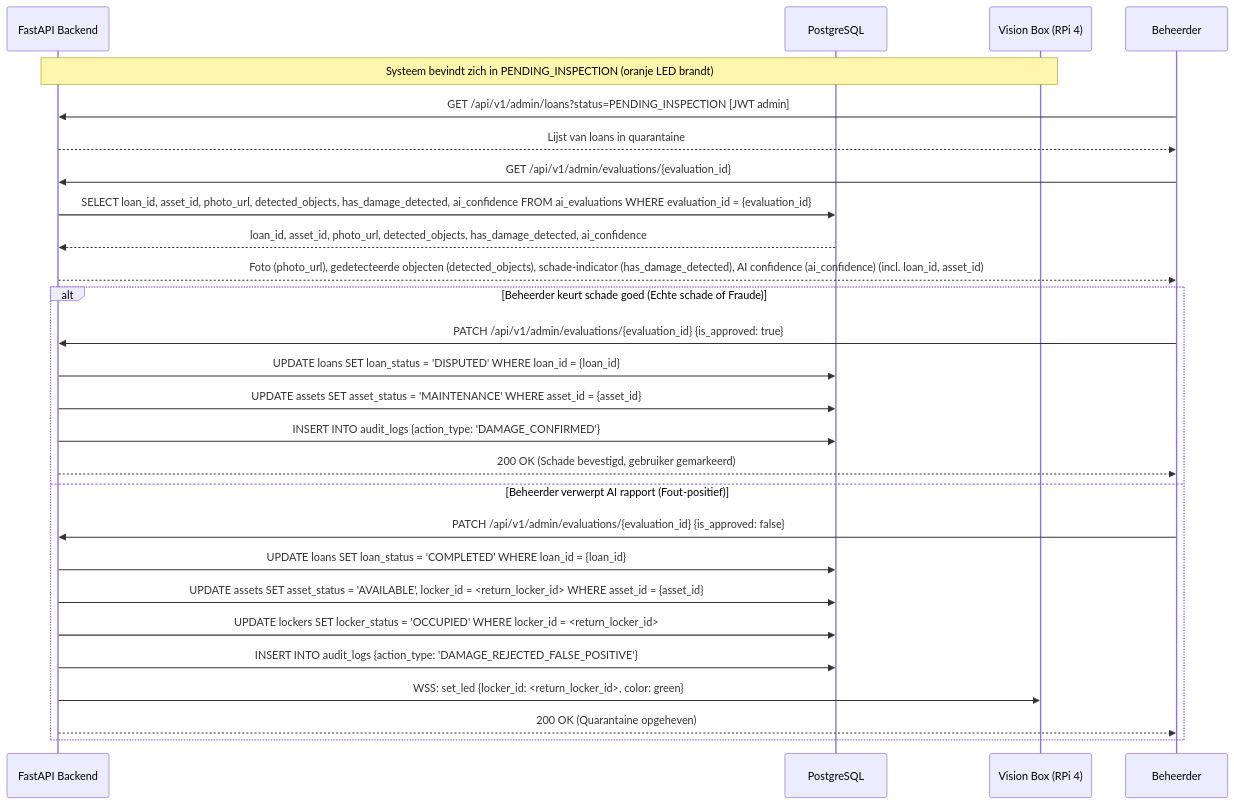
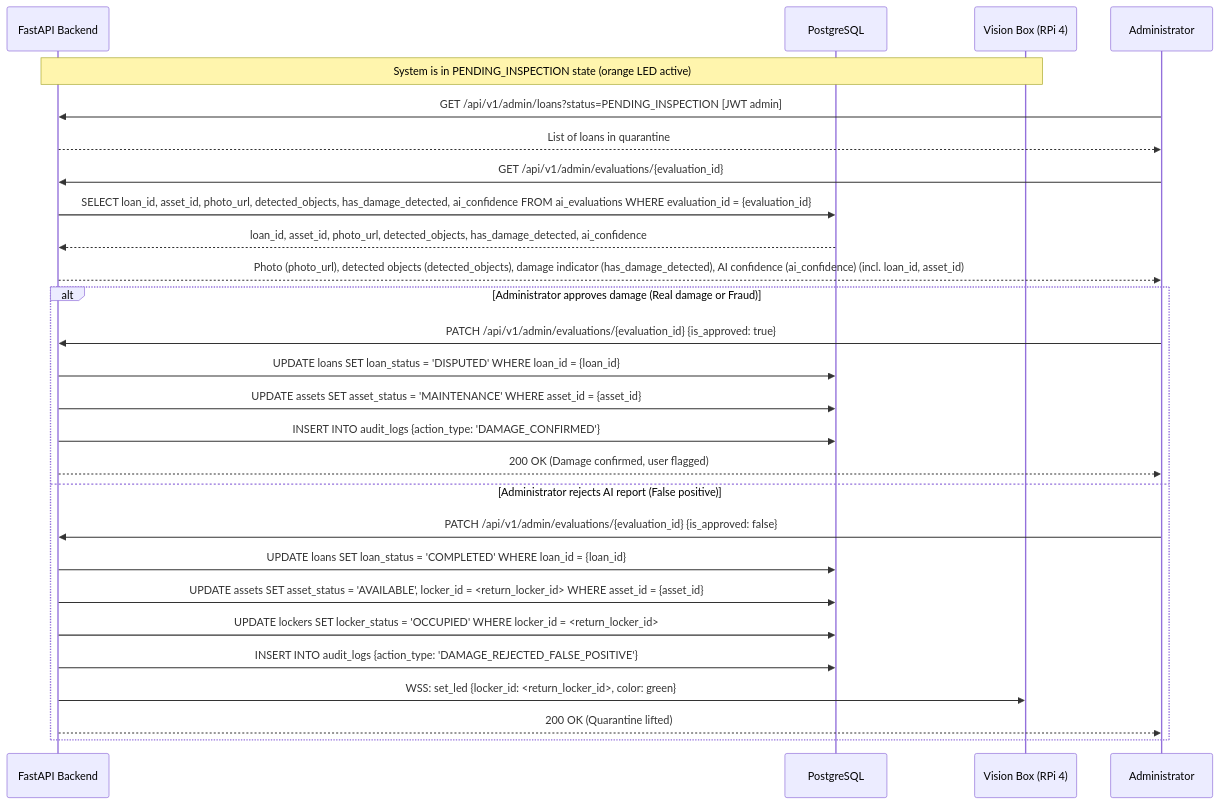
Before and after one commit to easylend-practice-enterprise/easylend: the diagram in docs/diagrams/sequence_quarantine.mmd, drawn with Mermaid. The commit also changed 39 other files, not shown here.

```diff
--- a/docs/diagrams/sequence_quarantine.mmd
+++ b/docs/diagrams/sequence_quarantine.mmd
@@ -1,31 +1,31 @@
 sequenceDiagram
     participant API as FastAPI Backend
     participant DB as PostgreSQL
     participant VB as Vision Box (RPi 4)
-    participant Admin as Beheerder
+    participant Admin as Administrator
 
-    Note over API,VB: Systeem bevindt zich in PENDING_INSPECTION (oranje LED brandt)
+    Note over API,VB: System is in PENDING_INSPECTION state (orange LED active)
 
     Admin->>API: GET /api/v1/admin/loans?status=PENDING_INSPECTION [JWT admin]
-    API-->>Admin: Lijst van loans in quarantaine
+    API-->>Admin: List of loans in quarantine
 
     Admin->>API: GET /api/v1/admin/evaluations/{evaluation_id}
     API->>DB: SELECT loan_id, asset_id, photo_url, detected_objects, has_damage_detected, ai_confidence FROM ai_evaluations WHERE evaluation_id = {evaluation_id}
     DB-->>API: loan_id, asset_id, photo_url, detected_objects, has_damage_detected, ai_confidence
-    API-->>Admin: Foto (photo_url), gedetecteerde objecten (detected_objects), schade-indicator (has_damage_detected), AI confidence (ai_confidence) (incl. loan_id, asset_id)
+    API-->>Admin: Photo (photo_url), detected objects (detected_objects), damage indicator (has_damage_detected), AI confidence (ai_confidence) (incl. loan_id, asset_id)
 
-    alt Beheerder keurt schade goed (Echte schade of Fraude)
+    alt Administrator approves damage (Real damage or Fraud)
         Admin->>API: PATCH /api/v1/admin/evaluations/{evaluation_id} {is_approved: true}
         API->>DB: UPDATE loans SET loan_status = 'DISPUTED' WHERE loan_id = {loan_id}
         API->>DB: UPDATE assets SET asset_status = 'MAINTENANCE' WHERE asset_id = {asset_id}
         API->>DB: INSERT INTO audit_logs {action_type: 'DAMAGE_CONFIRMED'}
-        API-->>Admin: 200 OK (Schade bevestigd, gebruiker gemarkeerd)
-    else Beheerder verwerpt AI rapport (Fout-positief)
+        API-->>Admin: 200 OK (Damage confirmed, user flagged)
+    else Administrator rejects AI report (False positive)
         Admin->>API: PATCH /api/v1/admin/evaluations/{evaluation_id} {is_approved: false}
         API->>DB: UPDATE loans SET loan_status = 'COMPLETED' WHERE loan_id = {loan_id}
         API->>DB: UPDATE assets SET asset_status = 'AVAILABLE', locker_id = <return_locker_id> WHERE asset_id = {asset_id}
         API->>DB: UPDATE lockers SET locker_status = 'OCCUPIED' WHERE locker_id = <return_locker_id>
         API->>DB: INSERT INTO audit_logs {action_type: 'DAMAGE_REJECTED_FALSE_POSITIVE'}
         API->>VB: WSS: set_led {locker_id: <return_locker_id>, color: green}
-        API-->>Admin: 200 OK (Quarantaine opgeheven)
+        API-->>Admin: 200 OK (Quarantine lifted)
     end
```
